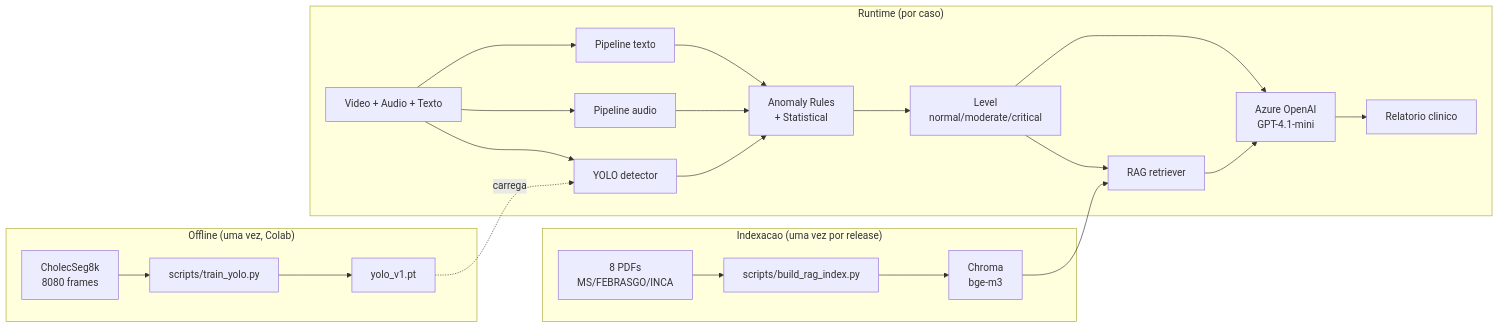
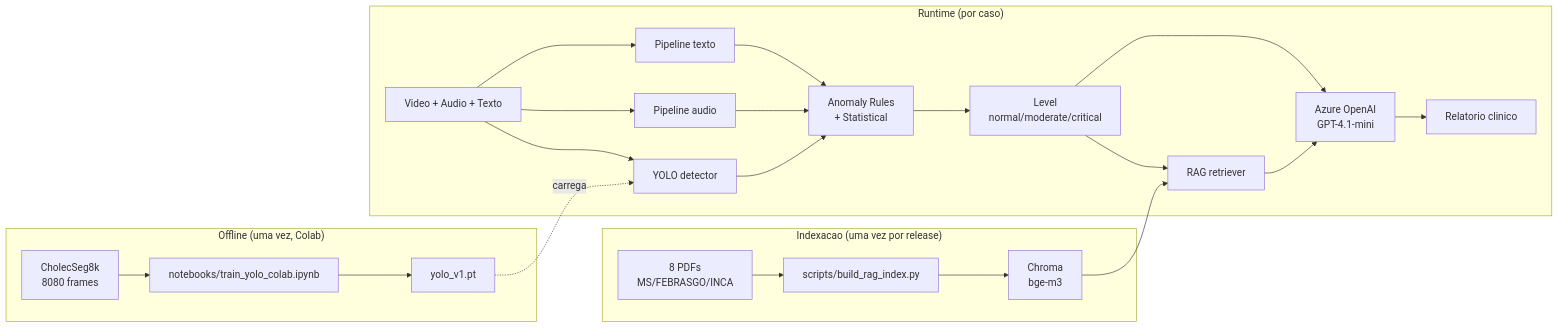
Before and after one commit to joalissonborges94/medica-ia-multimodal: the second of 2 diagrams in reports/relatorio_tecnico.md, drawn with Mermaid. The commit also changed 7 other files, not shown here.

````diff
--- a/reports/relatorio_tecnico.md
+++ b/reports/relatorio_tecnico.md
@@ -99,43 +99,43 @@
 ```mermaid
 flowchart LR
     subgraph Offline["Offline (uma vez, Colab)"]
         DS[CholecSeg8k<br/>8080 frames]
-        TR[scripts/train_yolo.py]
+        TR[notebooks/train_yolo_colab.ipynb]
         WT[yolo_v1.pt]
         DS --> TR --> WT
     end
 
     subgraph Indexing["Indexacao (uma vez por release)"]
         PDF[8 PDFs<br/>MS/FEBRASGO/INCA]
         ING[scripts/build_rag_index.py]
         CHR[Chroma<br/>bge-m3]
         PDF --> ING --> CHR
     end
 
     subgraph Runtime["Runtime (por caso)"]
         VID[Video + Audio + Texto]
         YOLO[YOLO detector]
         AU[Pipeline audio]
         TX[Pipeline texto]
         RAG[RAG retriever]
         RULES[Anomaly Rules<br/>+ Statistical]
         LVL[Level<br/>normal/moderate/critical]
         LLM[Azure OpenAI<br/>GPT-4.1-mini]
         REP[Relatorio clinico]
 
         VID --> YOLO
         VID --> AU
         VID --> TX
         YOLO --> RULES
         AU --> RULES
         TX --> RULES
         RULES --> LVL
         LVL --> RAG
         CHR --> RAG
         RAG --> LLM
         LVL --> LLM
         LLM --> REP
     end
 
     WT -.carrega.-> YOLO
 ```
````
